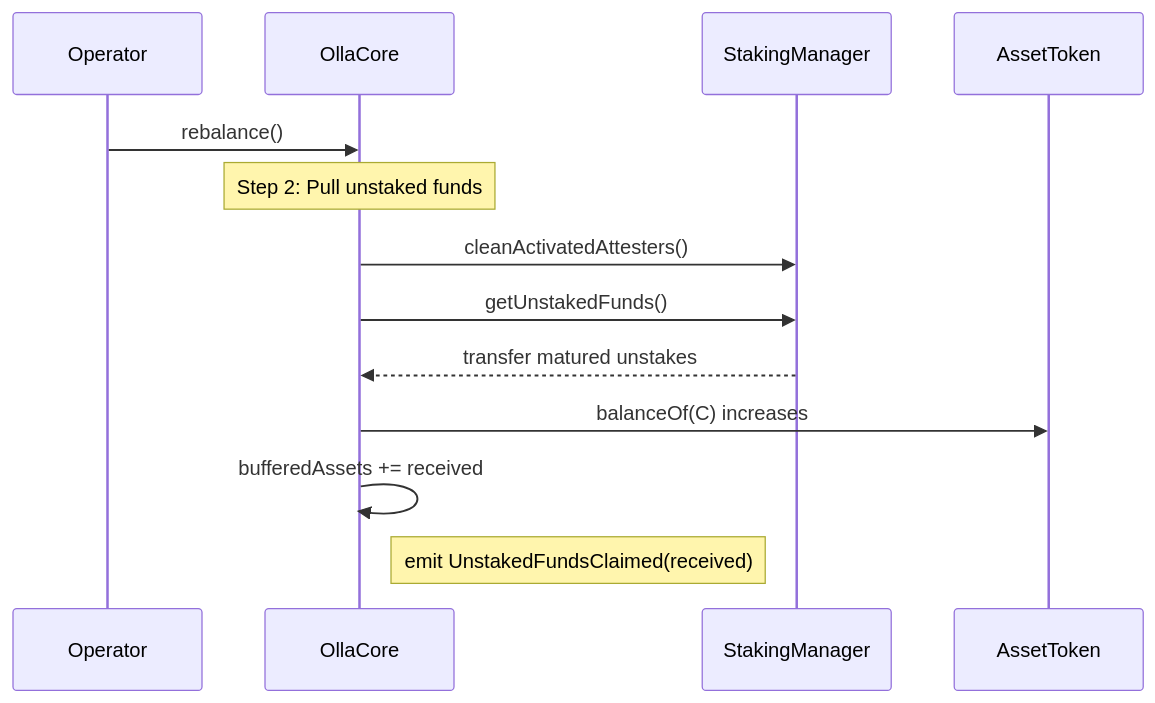
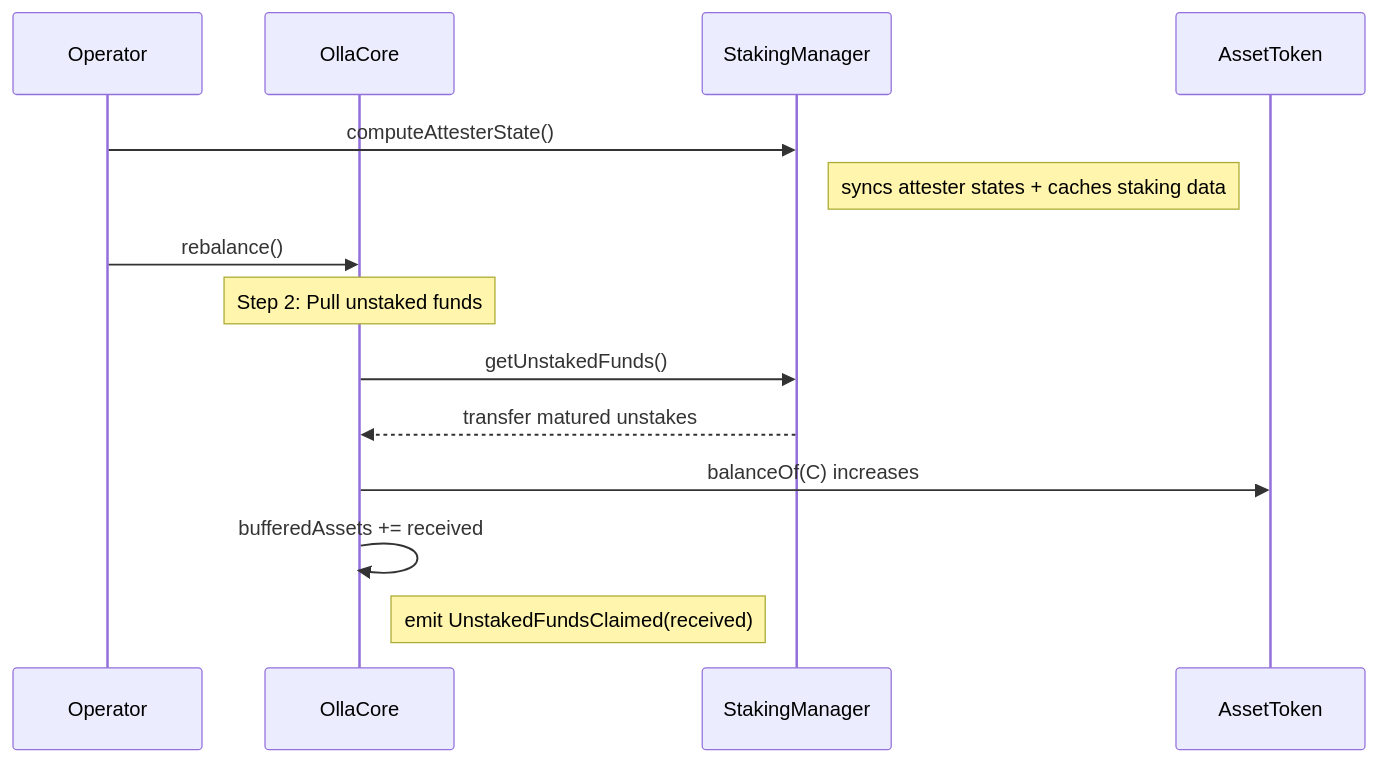
One commit to ollafinance/core changed the fifth of 10 diagrams in mermaid-diagrams.md. Above: the diagram before and after it, drawn with Mermaid. The commit also changed other lines of this file and 22 other files, not shown here.

````diff
--- a/mermaid-diagrams.md
+++ b/mermaid-diagrams.md
@@ -200,16 +201,17 @@
 ```mermaid
 sequenceDiagram
     participant OP as Operator
     participant C as OllaCore
     participant SM as StakingManager
     participant AZ as AssetToken
 
+    OP->>SM: computeAttesterState()
+    Note right of SM: syncs attester states + caches staking data
     OP->>C: rebalance()
     Note over C: Step 2: Pull unstaked funds
-    C->>SM: cleanActivatedAttesters()
     C->>SM: getUnstakedFunds()
     SM-->>C: transfer matured unstakes
     C->>AZ: balanceOf(C) increases
     C->>C: bufferedAssets += received
     Note right of C: emit UnstakedFundsClaimed(received)
 ```
````
